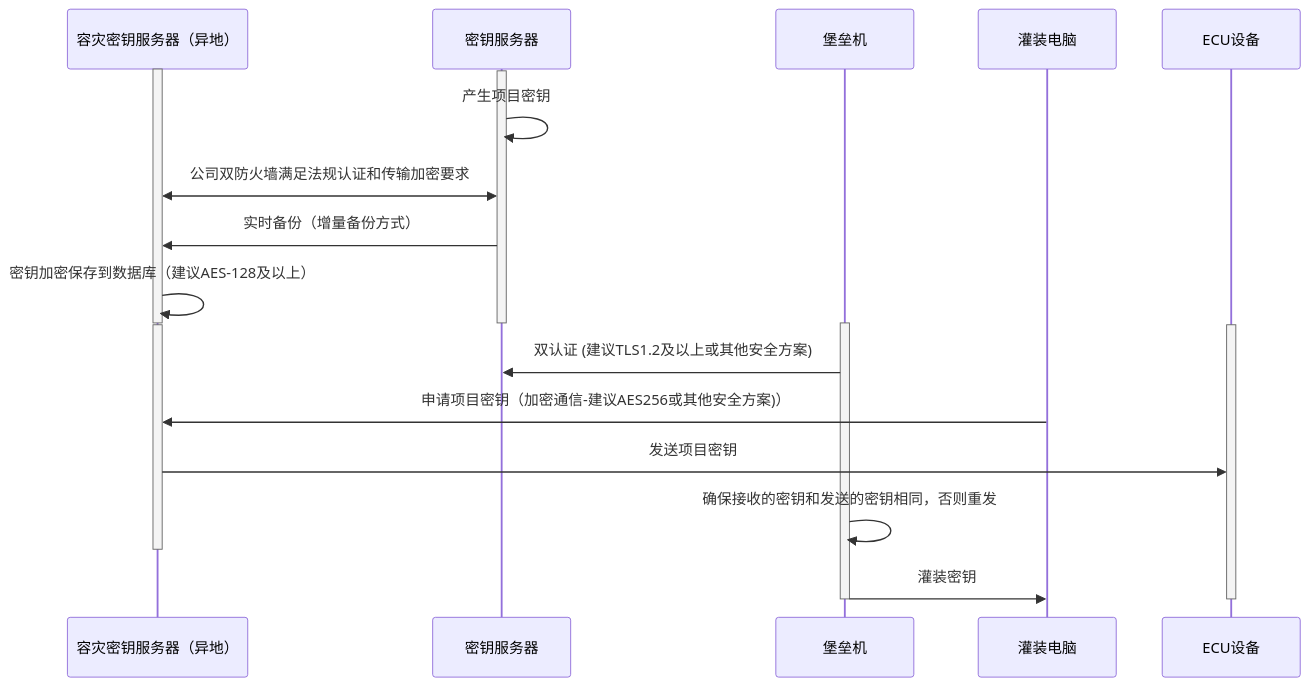
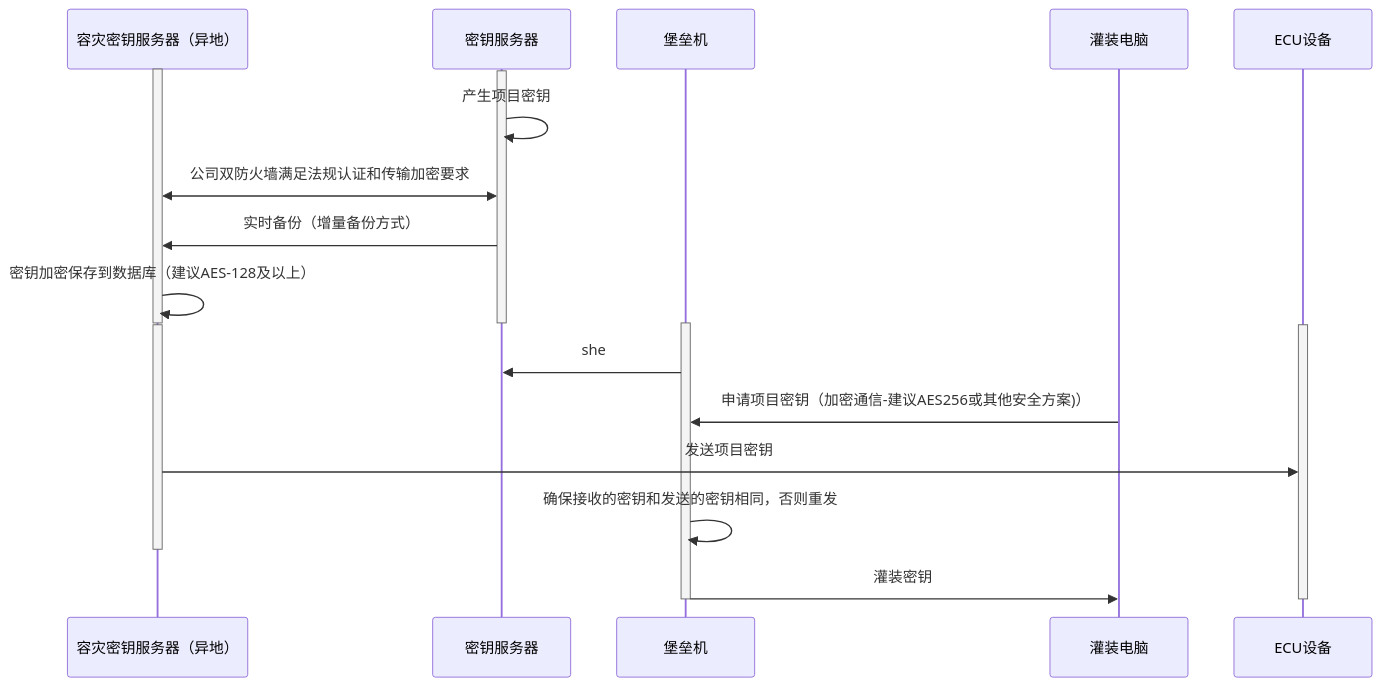
One commit to facebook-cloud/iodraw-files changed the diagram in all/未命名-15.md. Above: the diagram before and after it, drawn with Mermaid.

Commit message:
2026-02-07 10:06:02 update

````diff
--- a/all/未命名-15.md
+++ b/all/未命名-15.md
@@ -1,32 +1,32 @@
 ```mermaid
 sequenceDiagram
     participant A as 容灾密钥服务器（异地）
     participant B as 密钥服务器
     participant C as 堡垒机
     participant D as 灌装电脑
     participant E as ECU设备
 
     activate A
     activate B
     B->>B: 产生项目密钥
     A<<->>B: 公司双防火墙满足法规认证和传输加密要求
     B->>A: 实时备份（增量备份方式）
     A->>A: 密钥加密保存到数据库（建议AES-128及以上）
     deactivate B
     deactivate A
 
     activate C
     activate A
     activate E
 
-    C->>B: 双认证 (建议TLS1.2及以上或其他安全方案)
-    D->>A: 申请项目密钥（加密通信-建议AES256或其他安全方案)）
+    C->>B: she
+    D->>C: 申请项目密钥（加密通信-建议AES256或其他安全方案)）
     A->>E: 发送项目密钥
 
     C->>C: 确保接收的密钥和发送的密钥相同，否则重发
     deactivate A
     C->>D: 灌装密钥
     deactivate C
     deactivate E
 
 ```
````
